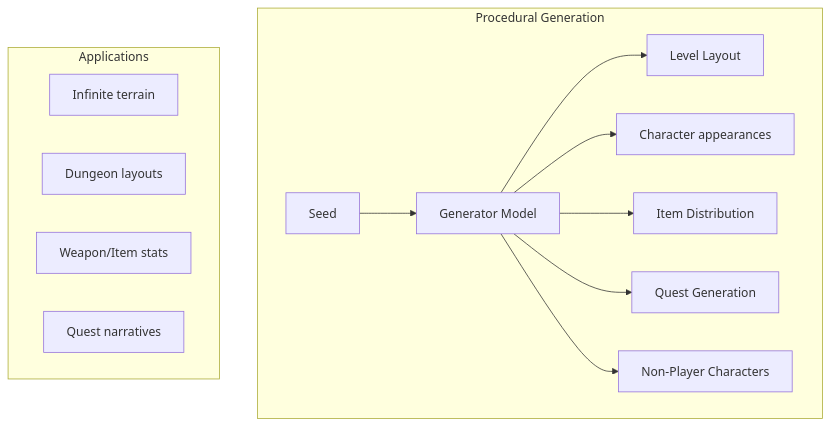
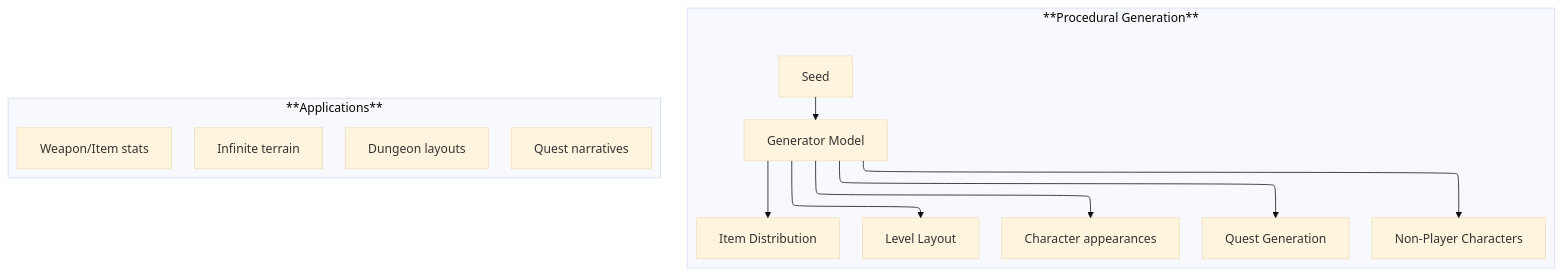
The diagram in The 2026 AI Metromap/The 2026 AI Metromap: AI in Gaming, VR-AR, and Entertainment.md (Vineet-Sharma-Medium-Stories/Medium-Build-Tool), drawn with Mermaid before and after one commit. The commit also changed 37 other files, not shown here.

````diff
--- a/The 2026 AI Metromap/The 2026 AI Metromap: AI in Gaming, VR-AR, and Entertainment.md
+++ b/The 2026 AI Metromap/The 2026 AI Metromap: AI in Gaming, VR-AR, and Entertainment.md
@@ -70,19 +70,24 @@
 ```mermaid
+---
+config:
+  theme: base
+  layout: elk
+---
 graph TD
-    subgraph "Procedural Generation"
+    subgraph "**Procedural Generation**"
         S[Seed] --> G[Generator Model]
         G --> L[Level Layout]
         G --> E[Enemy Placement]
         G --> I[Item Distribution]
         G --> Q[Quest Generation]
         G --> N[Non-Player Characters]
     end
     
-    subgraph "Applications"
+    subgraph "**Applications**"
         A[Infinite terrain]
         B[Dungeon layouts]
         C[Weapon/Item stats]
         D[Quest narratives]
         E[Character appearances]
     end
 ```
````
